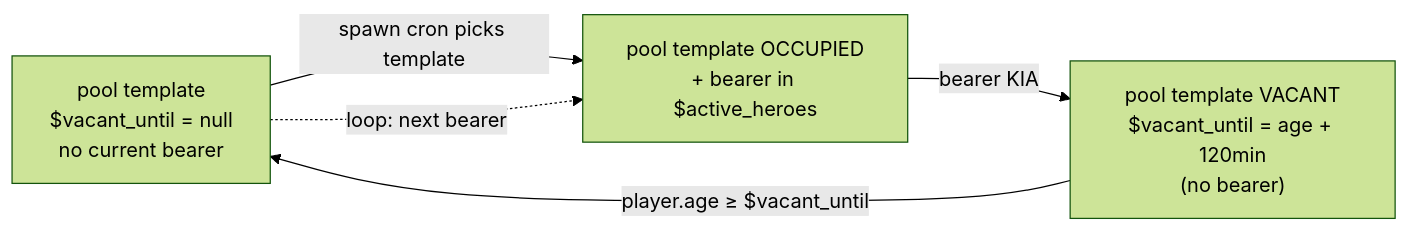
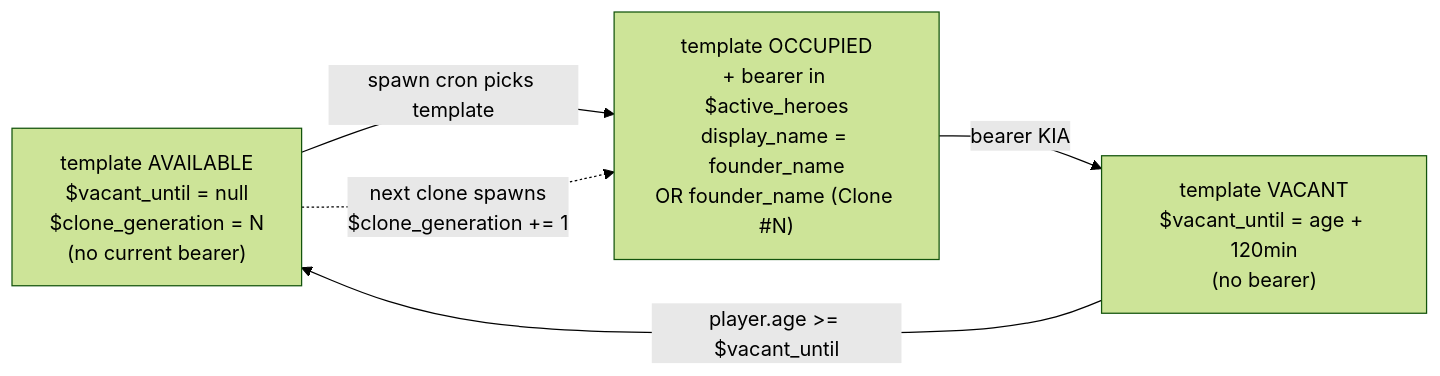
The diagram in src/content/docs/mods/galactic-heroes/mechanics/lineage-succession.md (mlog4/x4-modding-wiki), drawn with Mermaid (forest theme) before and after one commit. The commit also changed other lines of this file and 13 other files, not shown here.

````diff
--- a/src/content/docs/mods/galactic-heroes/mechanics/lineage-succession.md
+++ b/src/content/docs/mods/galactic-heroes/mechanics/lineage-succession.md
@@ -29,11 +43,11 @@
 ```mermaid
 flowchart LR
-  Available["pool template<br/>$vacant_until = null<br/>no current bearer"]
-  Occupied["pool template OCCUPIED<br/>+ bearer in $active_heroes"]
-  Vacant["pool template VACANT<br/>$vacant_until = age + 120min<br/>(no bearer)"]
+  Available["template AVAILABLE<br/>$vacant_until = null<br/>$clone_generation = N<br/>(no current bearer)"]
+  Occupied["template OCCUPIED<br/>+ bearer in $active_heroes<br/>display_name = founder_name<br/>OR founder_name (Clone #N)"]
+  Vacant["template VACANT<br/>$vacant_until = age + 120min<br/>(no bearer)"]
 
   Available -->|spawn cron picks template| Occupied
   Occupied -->|bearer KIA| Vacant
-  Vacant -->|"player.age ≥ $vacant_until"| Available
-  Available -.->|loop: next bearer| Occupied
+  Vacant -->|"player.age >= $vacant_until"| Available
+  Available -.->|"next clone spawns<br/>$clone_generation += 1"| Occupied
 ```
````
